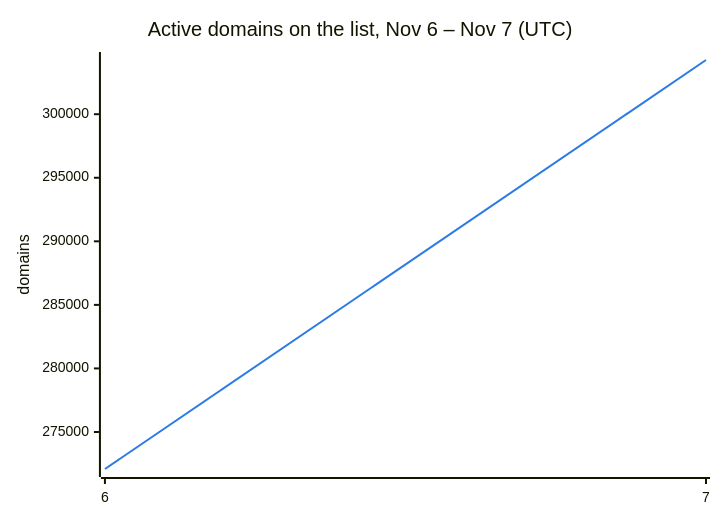
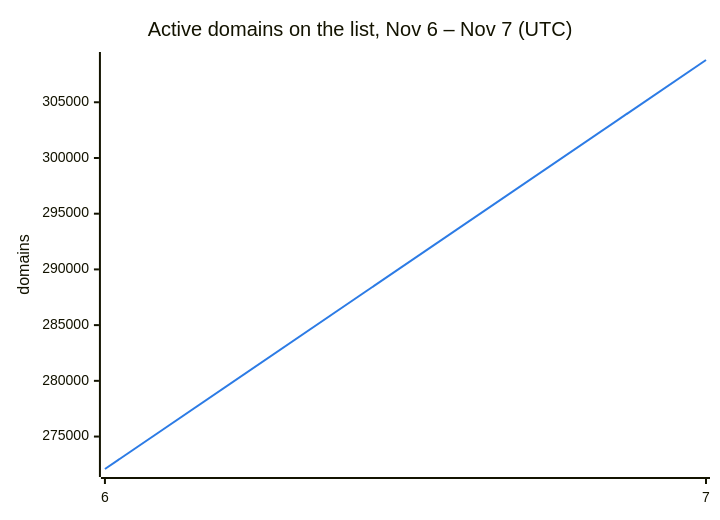
Before and after one commit to DNSBunker/CTI: the second of 3 diagrams in README.md, drawn with Mermaid. The commit also changed other lines of this file and 3 other files, not shown here.

````diff
--- a/README.md
+++ b/README.md
@@ -38,8 +38,8 @@
 ```mermaid
 %%{init: {"themeVariables": {"xyChart": {"plotColorPalette": "#2c7be5"}}}}%%
 xychart-beta
     title "Active domains on the list, Nov 6 – Nov 7 (UTC)"
     x-axis ["6", "7"]
     y-axis "domains"
-    line [272088, 304264]
+    line [272088, 308793]
 ```
````
